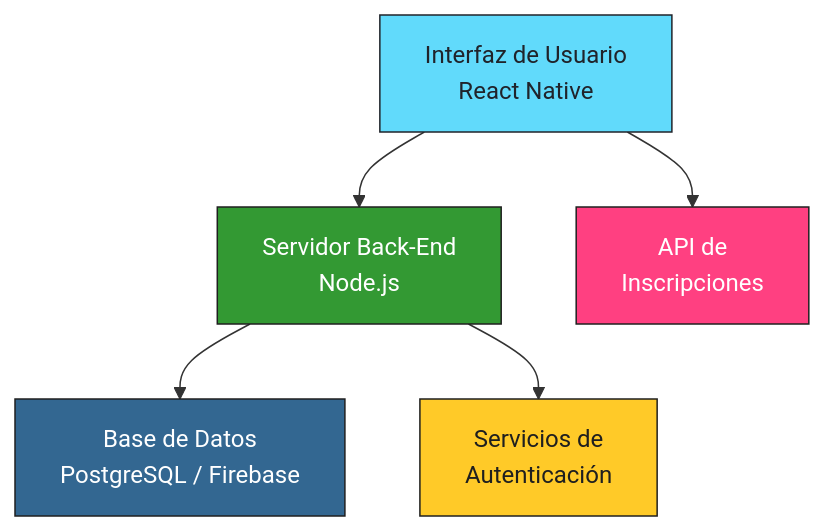
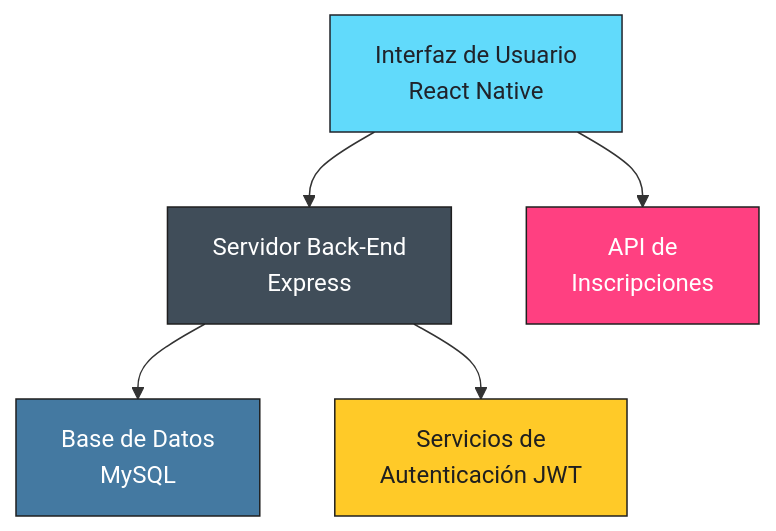
One commit to JaviNavarroB/Cierzo changed the diagram in README.md. Above: the diagram before and after it, drawn with Mermaid. The commit also changed other lines of this file, not shown here.

````diff
--- a/README.md
+++ b/README.md
@@ -71,12 +50,12 @@
 ```mermaid
 graph TB
-    A[Interfaz de Usuario<br/>React Native] --> B[Servidor Back-End<br/>Node.js]
-    B --> C[Base de Datos<br/>PostgreSQL / Firebase]
-    B --> D[Servicios de<br/>Autenticación]
+    A[Interfaz de Usuario<br/>React Native] --> B[Servidor Back‑End<br/>Express]
+    B --> C[Base de Datos<br/>MySQL]
+    B --> D[Servicios de<br/>Autenticación JWT]
     A --> E[API de<br/>Inscripciones]
     style A fill:#61DAFB,stroke:#20232A,color:#20232A
-    style B fill:#339933,stroke:#1F1F1F,color:#FFFFFF
-    style C fill:#336791,stroke:#1F1F1F,color:#FFFFFF
+    style B fill:#404D59,stroke:#1F1F1F,color:#FFFFFF
+    style C fill:#4479A1,stroke:#1F1F1F,color:#FFFFFF
     style D fill:#FFCA28,stroke:#1F1F1F,color:#1F1F1F
     style E fill:#FF4081,stroke:#1F1F1F,color:#FFFFFF
 ```
````
